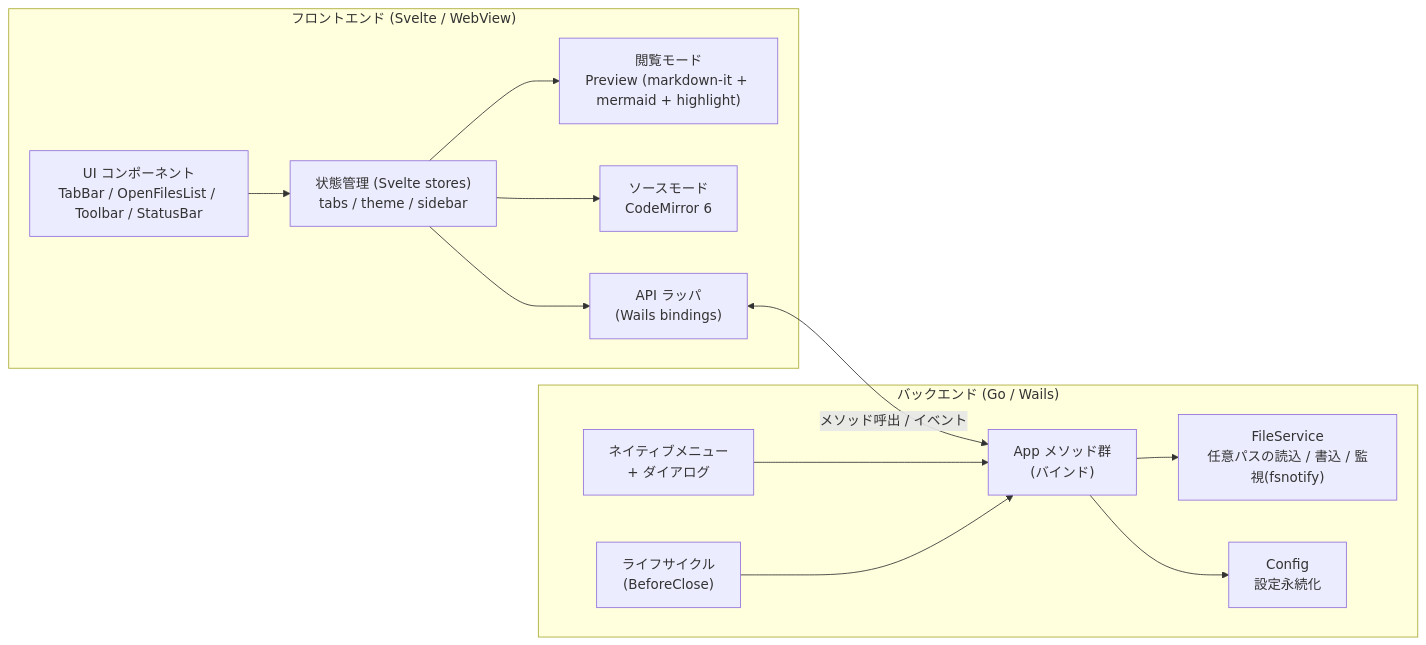
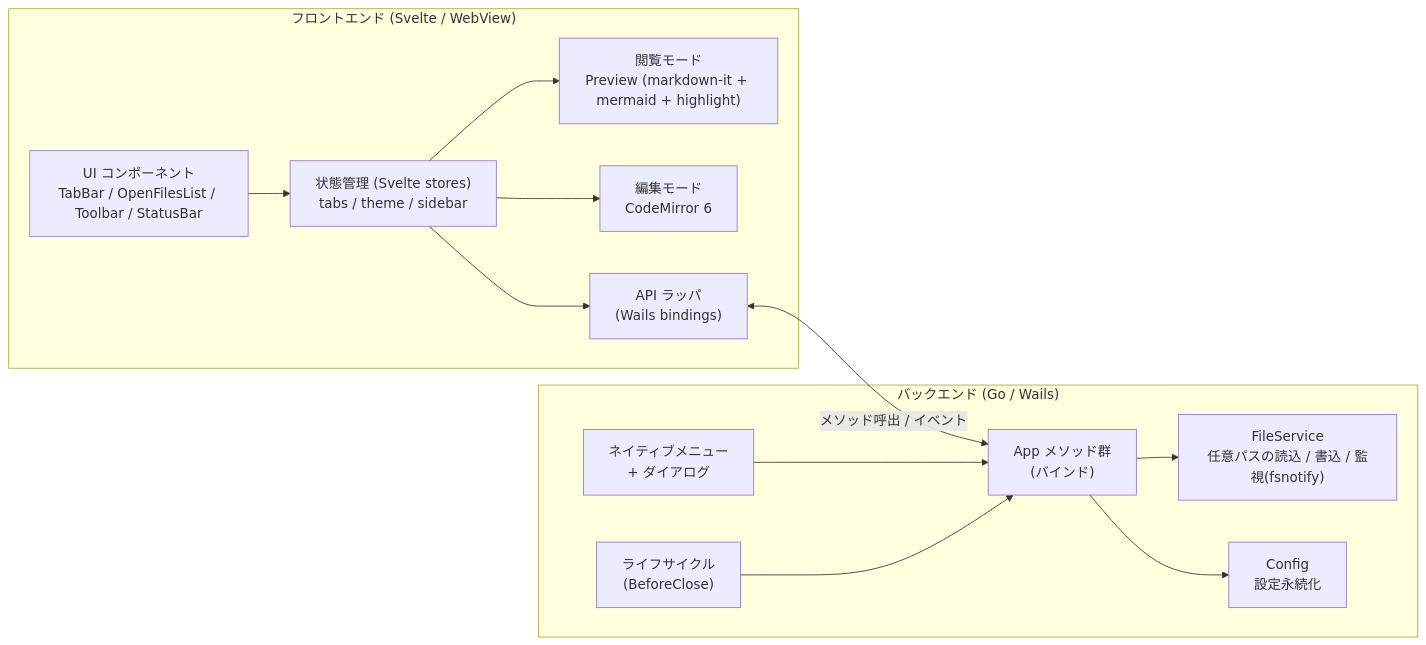
One commit to osakichi/markmiru changed the first of 3 diagrams in docs/アーキテクチャ・画面設計.md. Above: the diagram before and after it, drawn with Mermaid. The commit also changed other lines of this file and 20 other files, not shown here.

````diff
--- a/docs/アーキテクチャ・画面設計.md
+++ b/docs/アーキテクチャ・画面設計.md
@@ -36,27 +36,27 @@
 ```mermaid
 flowchart LR
   subgraph Frontend["フロントエンド (Svelte / WebView)"]
     UI["UI コンポーネント<br/>TabBar / OpenFilesList / Toolbar / StatusBar"]
     View["閲覧モード<br/>Preview (markdown-it + mermaid + highlight)"]
-    Edit["ソースモード<br/>CodeMirror 6"]
+    Edit["編集モード<br/>CodeMirror 6"]
     Store["状態管理 (Svelte stores)<br/>tabs / theme / sidebar"]
     Api["API ラッパ<br/>(Wails bindings)"]
   end
   subgraph Backend["バックエンド (Go / Wails)"]
     App["App メソッド群<br/>(バインド)"]
     FS["FileService<br/>任意パスの読込 / 書込 / 監視(fsnotify)"]
     Cfg["Config<br/>設定永続化"]
     Menu["ネイティブメニュー<br/>+ ダイアログ"]
     Life["ライフサイクル<br/>(BeforeClose)"]
   end
 
   UI --> Store
   Store --> View
   Store --> Edit
   Store --> Api
   Api <-->|"メソッド呼出 / イベント"| App
   App --> FS
   App --> Cfg
   Menu --> App
   Life --> App
 ```
````
